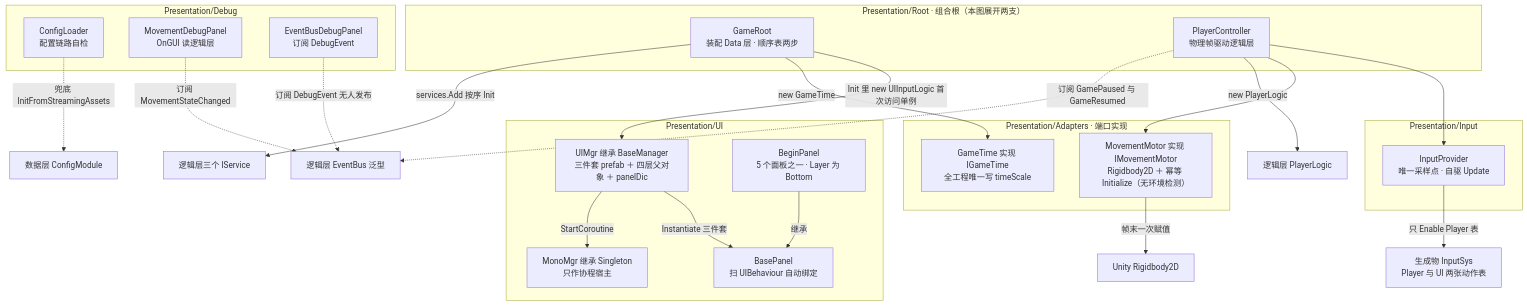
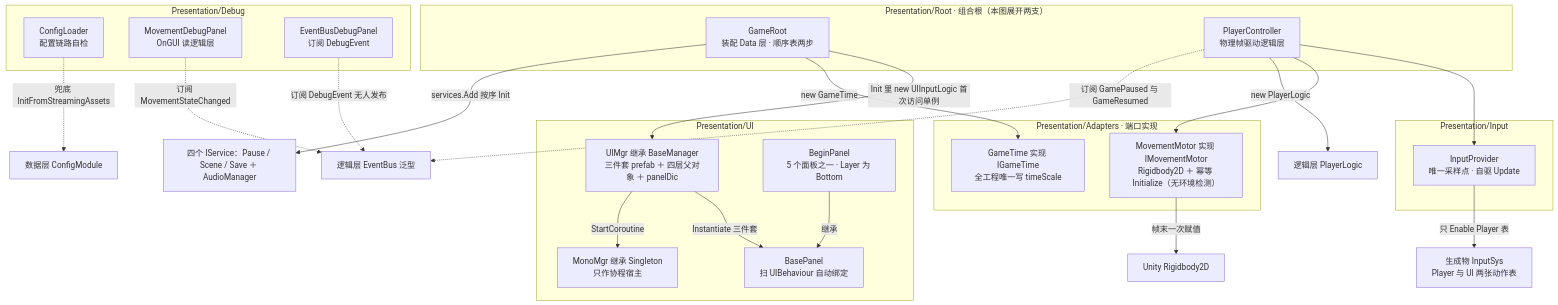
One commit to 5FYZhou/deepseaoil changed the fourth of 16 diagrams in Docs/框架设计/架构图集.md. Above: the diagram before and after it, drawn with Mermaid. The commit also changed other lines of this file and 45 other files, not shown here.

````diff
--- a/Docs/框架设计/架构图集.md
+++ b/Docs/框架设计/架构图集.md
@@ -190,46 +190,46 @@
 ```mermaid
 flowchart TD
   subgraph ROOT["Presentation/Root · 组合根（本图展开两支）"]
     GR["GameRoot<br/>装配 Data 层 · 顺序表两步"]
     PC["PlayerController<br/>物理帧驱动逻辑层"]
   end
   subgraph ADP["Presentation/Adapters · 端口实现"]
     MM["MovementMotor 实现 IMovementMotor<br/>Rigidbody2D ＋ 幂等 Initialize（无环境检测）"]
     GT["GameTime 实现 IGameTime<br/>全工程唯一写 timeScale"]
   end
   subgraph PIN["Presentation/Input"]
     IP["InputProvider<br/>唯一采样点 · 自驱 Update"]
   end
   subgraph UIG["Presentation/UI"]
     UM["UIMgr 继承 BaseManager<br/>三件套 prefab ＋ 四层父对象 ＋ panelDic"]
     BP["BasePanel<br/>扫 UIBehaviour 自动绑定"]
     BG["BeginPanel<br/>5 个面板之一 · Layer 为 Bottom"]
     MMR["MonoMgr 继承 Singleton<br/>只作协程宿主"]
   end
   subgraph DBG["Presentation/Debug"]
     CL["ConfigLoader<br/>配置链路自检"]
     MDP["MovementDebugPanel<br/>OnGUI 读逻辑层"]
     EBP["EventBusDebugPanel<br/>订阅 DebugEvent"]
   end
   ISY["生成物 InputSys<br/>Player 与 UI 两张动作表"]
   CM2["数据层 ConfigModule"]
   EBS["逻辑层 EventBus 泛型"]
   PL2["逻辑层 PlayerLogic"]
-  SVC2["逻辑层三个 IService"]
+  SVC2["四个 IService：Pause / Scene / Save ＋ AudioManager"]
   RB["Unity Rigidbody2D"]
   GR -->|"Init 里 new UIInputLogic 首次访问单例"| UM
   GR -->|"new GameTime"| GT
   GR -->|"services.Add 按序 Init"| SVC2
   PC --> IP
   PC --> MM
   PC -->|"new PlayerLogic"| PL2
   PC -.->|"订阅 GamePaused 与 GameResumed"| EBS
   UM -->|"Instantiate 三件套"| BP
   BG -->|"继承"| BP
   UM -->|"StartCoroutine"| MMR
   IP -->|"只 Enable Player 表"| ISY
   MM -->|"帧末一次赋值"| RB
   MDP -.->|"订阅 MovementStateChanged"| EBS
   EBP -.->|"订阅 DebugEvent 无人发布"| EBS
   CL -.->|"兜底 InitFromStreamingAssets"| CM2
 ```
````
